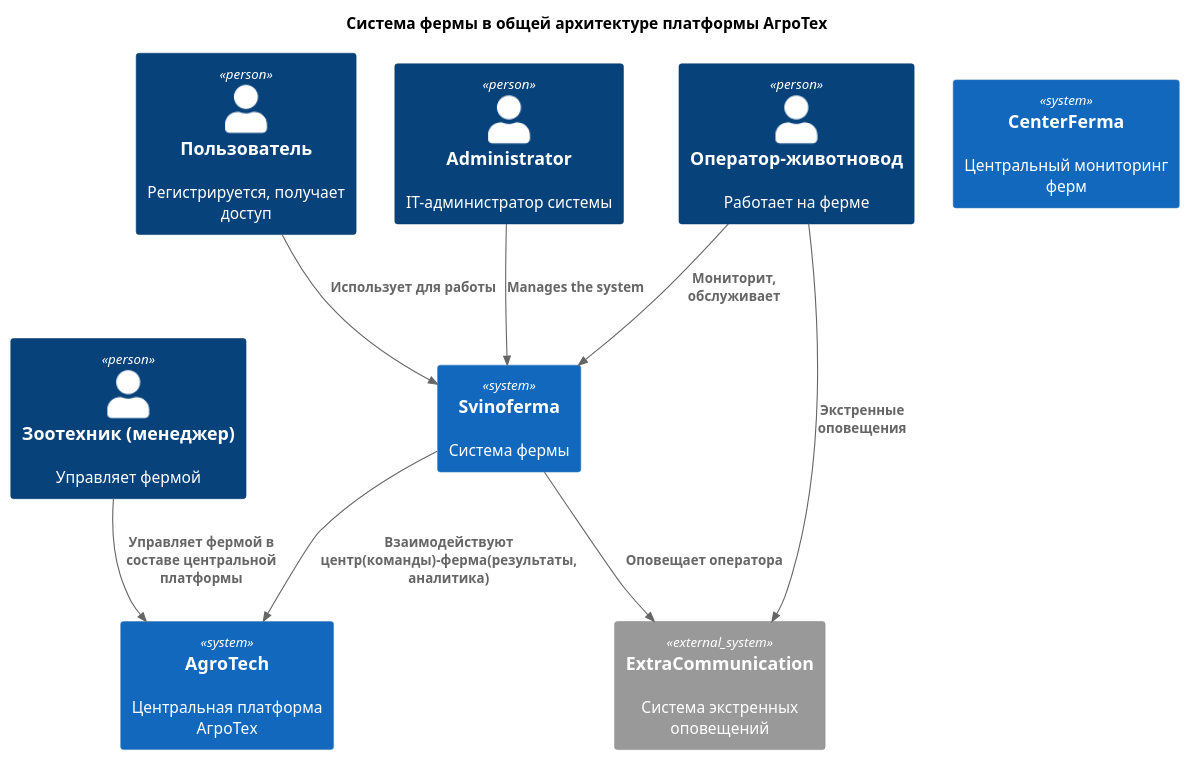
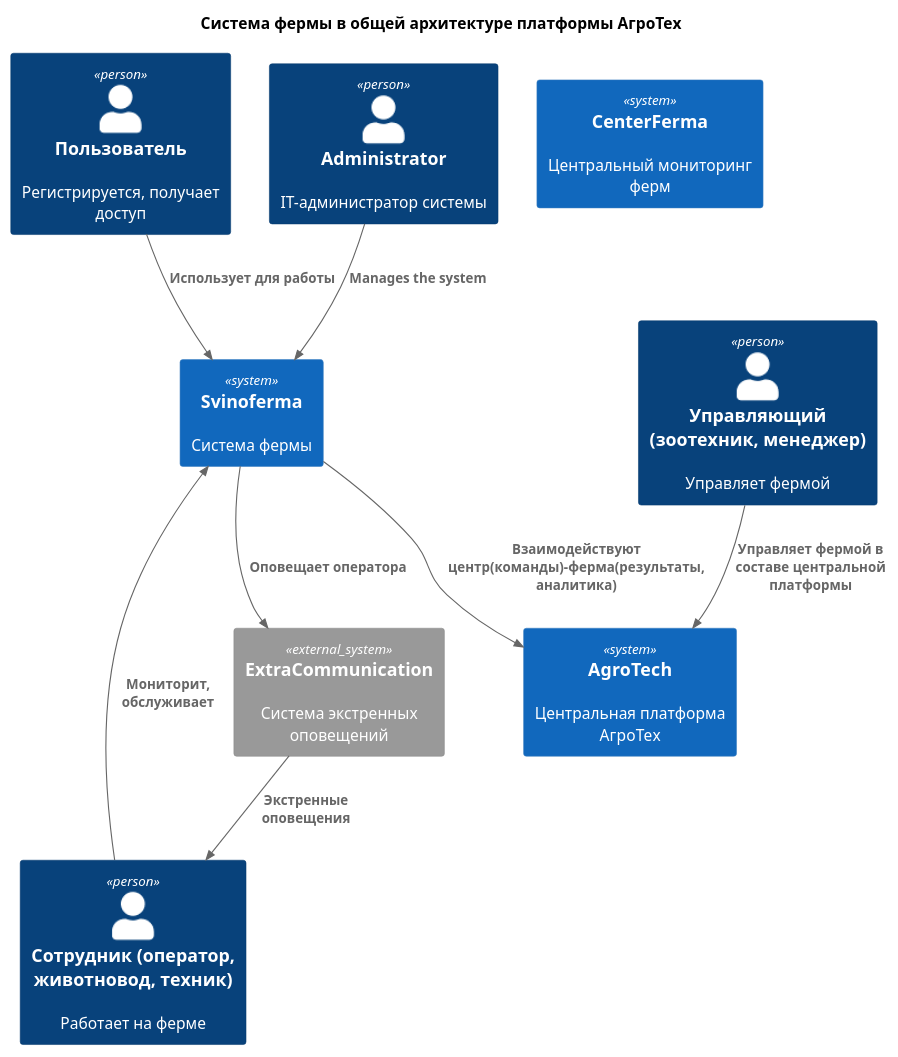
One commit to IvanVerba/MSA-AgroTech changed the diagram in Task1/Context1.puml. Above: the diagram before and after it, drawn with PlantUML.

Commit message:
Task1: Правки систем на C1

```diff
--- a/Task1/Context1.puml
+++ b/Task1/Context1.puml
@@ -1,26 +1,26 @@
 @startuml
 title Ferma Context Diagram
 
 top to bottom direction
 
 !includeurl https://raw.githubusercontent.com/RicardoNiepel/C4-PlantUML/master/C4_Component.puml
 
   title Система фермы в общей архитектуре платформы АгроТех
 
   Person(user, "Пользователь", "Регистрируется, получает доступ")
-  Person(operator, "Оператор-животновод", "Работает на ферме")
+  Person(operator, "Сотрудник (оператор, животновод, техник)", "Работает на ферме")
   Person(admin, "Administrator", "IT-администратор системы")
-  Person(mainuser, "Зоотехник (менеджер)", "Управляет фермой")
+  Person(mainuser, "Управляющий (зоотехник, менеджер)", "Управляет фермой")
   System(ferma, "Svinoferma", "Система фермы")
   System(center_ferma, "CenterFerma", "Центральный мониторинг ферм")
   System(agro_tech, "AgroTech", "Центральная платформа АгроТех")
-  System_Ext(extr_comm, "ExtraCommunication", "Система экстренных оповещений")
+  System_Ext(extr_comm, "ExtraCommunication" , "Система экстренных оповещений")
   Rel(user, ferma, "Использует для работы")
   Rel(operator, ferma, "Мониторит, обслуживает")
-  Rel(operator, extr_comm, "Экстренные оповещения")
+  Rel(extr_comm, operator , "Экстренные оповещения")
   Rel(admin,ferma,"Manages the system")
   Rel(ferma,extr_comm,"Оповещает оператора")
   Rel(mainuser,agro_tech,"Управляет фермой в составе центральной платформы")
   Rel(ferma,agro_tech,"Взаимодействуют центр(команды)-ферма(результаты, аналитика)")
 
 @enduml
```
